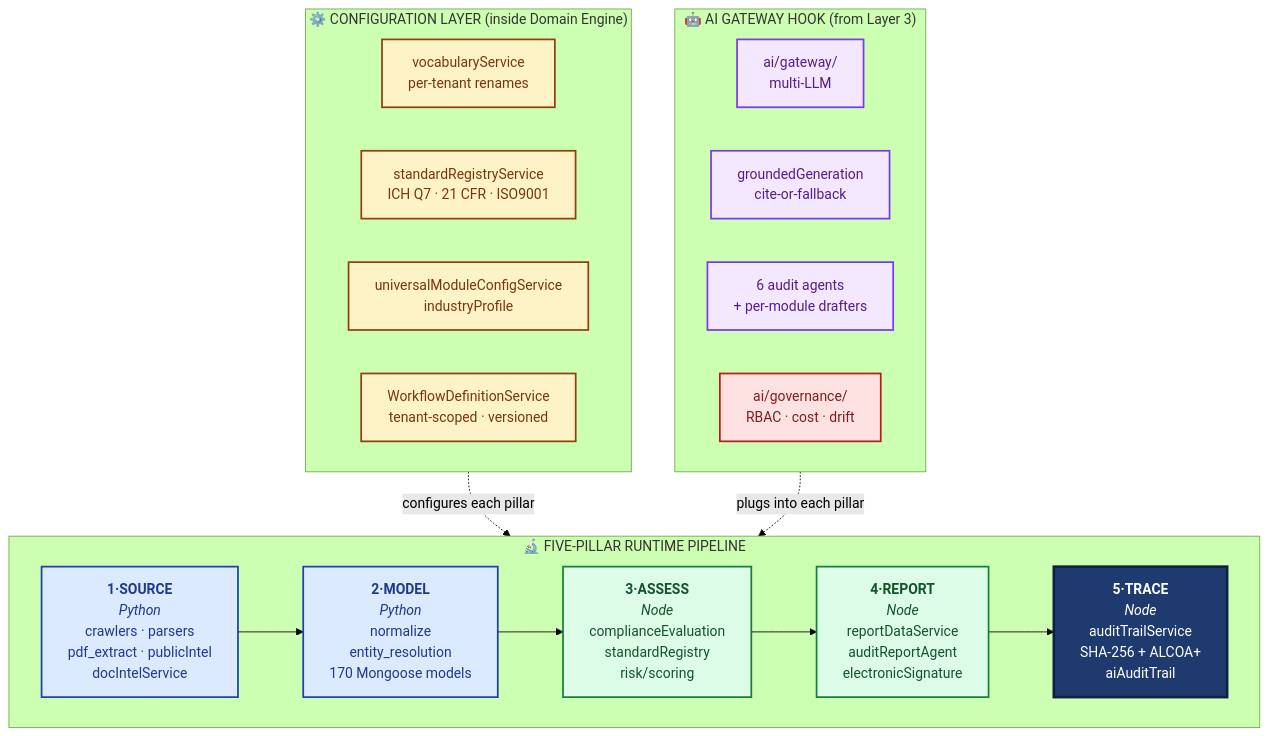
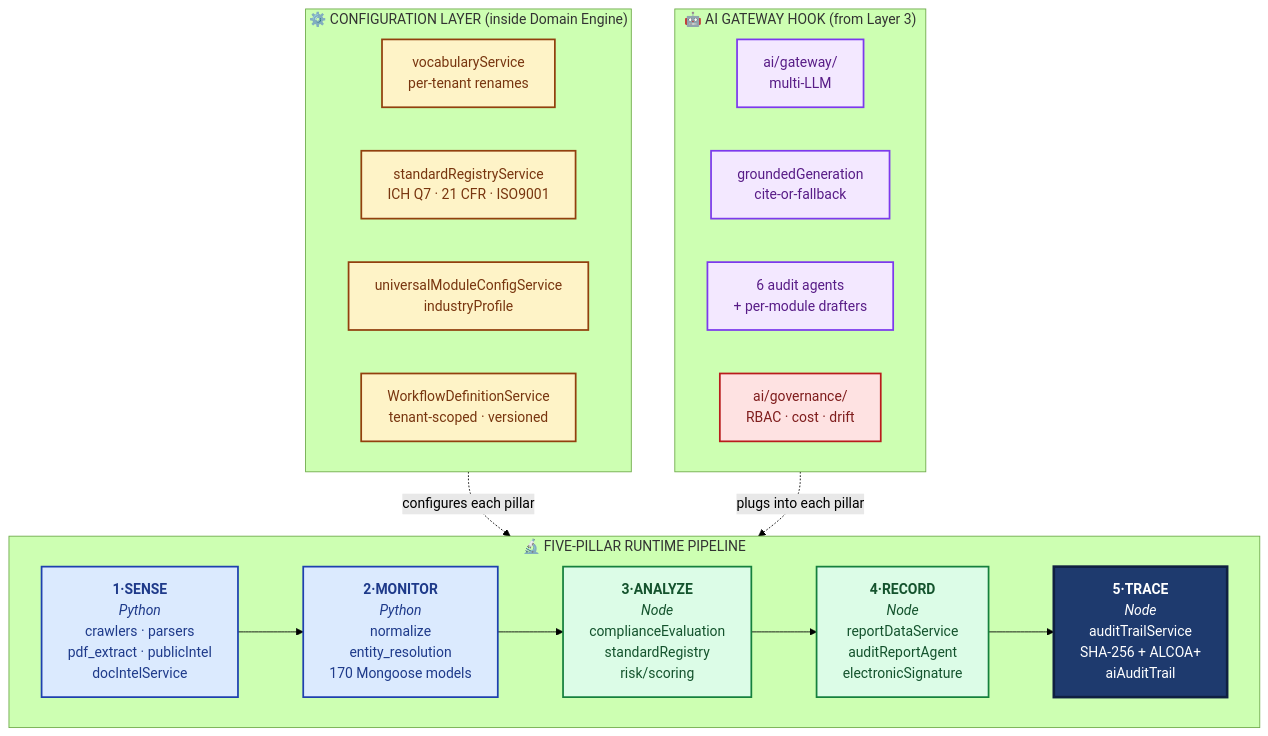
Before and after one commit to hawkeyetransact-dotcom/doc_v2: the third of 4 diagrams in 04-engineering/00-overview/PLATFORM-OVERVIEW.md, drawn with Mermaid (forest theme). The commit also changed other lines of this file and 25 other files, not shown here.

First line of the commit message:
Finalize S.M.A.R.T. pillars: Sense, Monitor, Analyze, Record, Trace

````diff
--- a/04-engineering/00-overview/PLATFORM-OVERVIEW.md
+++ b/04-engineering/00-overview/PLATFORM-OVERVIEW.md
@@ -98,39 +98,39 @@
 ```mermaid
 flowchart TB
     classDef cfg fill:#FEF3C7,stroke:#92400E,color:#78350F,stroke-width:2px
     classDef py fill:#DBEAFE,stroke:#1E40AF,color:#1E3A8A,stroke-width:2px
     classDef node fill:#DCFCE7,stroke:#15803D,color:#14532D,stroke-width:2px
     classDef seal fill:#1E3A6E,stroke:#0F2042,color:#FFFFFF,stroke-width:3px
     classDef ai fill:#F3E8FF,stroke:#7C3AED,color:#581C87,stroke-width:2px
     classDef gov fill:#FEE2E2,stroke:#B91C1C,color:#7F1D1D,stroke-width:2px
 
     subgraph CFG["⚙️ CONFIGURATION LAYER (inside Domain Engine)"]
         direction LR
         C1["vocabularyService<br/>per-tenant renames"]:::cfg
         C2["standardRegistryService<br/>ICH Q7 · 21 CFR · ISO9001"]:::cfg
         C3["universalModuleConfigService<br/>industryProfile"]:::cfg
         C4["WorkflowDefinitionService<br/>tenant-scoped · versioned"]:::cfg
     end
 
     subgraph PIPE["🔬 FIVE-PILLAR RUNTIME PIPELINE"]
         direction LR
-        P1["<b>1·SOURCE</b><br/><i>Python</i><br/>crawlers · parsers<br/>pdf_extract · publicIntel<br/>docIntelService"]:::py
-        P2["<b>2·MODEL</b><br/><i>Python</i><br/>normalize<br/>entity_resolution<br/>170 Mongoose models"]:::py
-        P3["<b>3·ASSESS</b><br/><i>Node</i><br/>complianceEvaluation<br/>standardRegistry<br/>risk/scoring"]:::node
-        P4["<b>4·REPORT</b><br/><i>Node</i><br/>reportDataService<br/>auditReportAgent<br/>electronicSignature"]:::node
+        P1["<b>1·SENSE</b><br/><i>Python</i><br/>crawlers · parsers<br/>pdf_extract · publicIntel<br/>docIntelService"]:::py
+        P2["<b>2·MONITOR</b><br/><i>Python</i><br/>normalize<br/>entity_resolution<br/>170 Mongoose models"]:::py
+        P3["<b>3·ANALYZE</b><br/><i>Node</i><br/>complianceEvaluation<br/>standardRegistry<br/>risk/scoring"]:::node
+        P4["<b>4·RECORD</b><br/><i>Node</i><br/>reportDataService<br/>auditReportAgent<br/>electronicSignature"]:::node
         P5["<b>5·TRACE</b><br/><i>Node</i><br/>auditTrailService<br/>SHA-256 + ALCOA+<br/>aiAuditTrail"]:::seal
 
         P1 --> P2 --> P3 --> P4 --> P5
     end
 
     subgraph AILINK["🤖 AI GATEWAY HOOK (from Layer 3)"]
         direction LR
         A1["ai/gateway/<br/>multi-LLM"]:::ai
         A2["groundedGeneration<br/>cite-or-fallback"]:::ai
         A3["6 audit agents<br/>+ per-module drafters"]:::ai
         A4["ai/governance/<br/>RBAC · cost · drift"]:::gov
     end
 
     CFG -. configures each pillar .-> PIPE
     AILINK -. plugs into each pillar .-> PIPE
 ```
````
